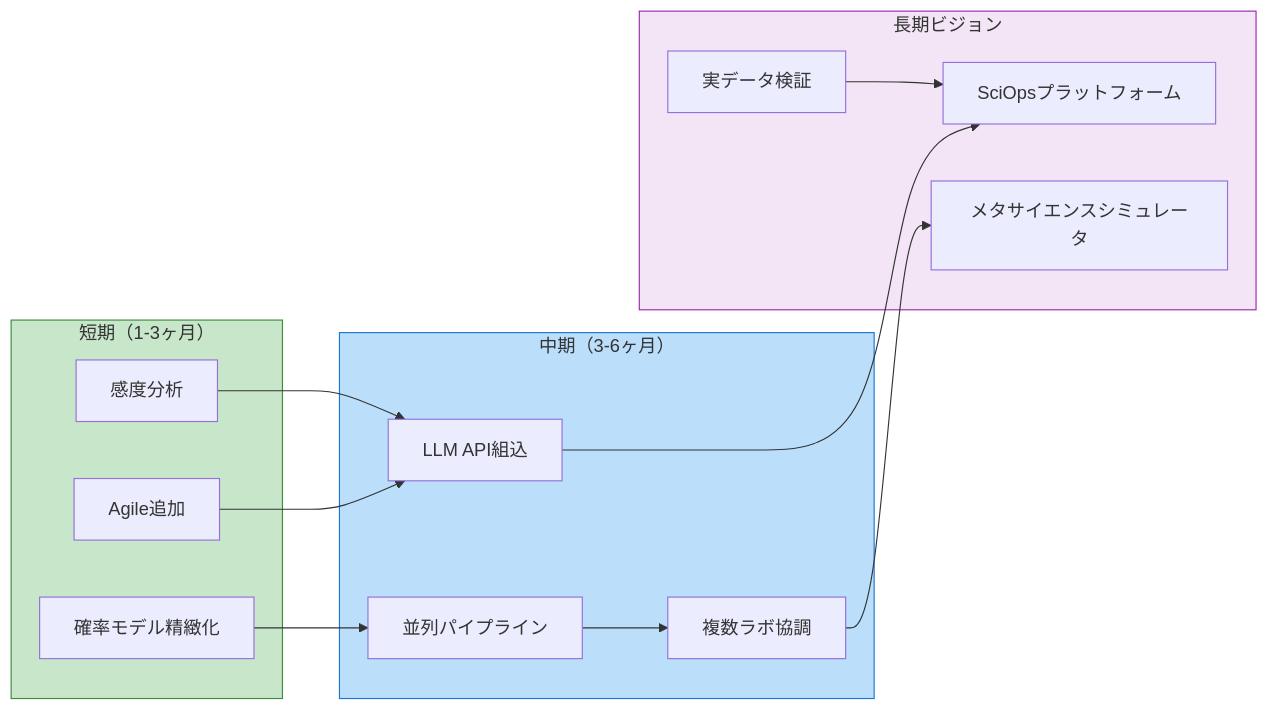
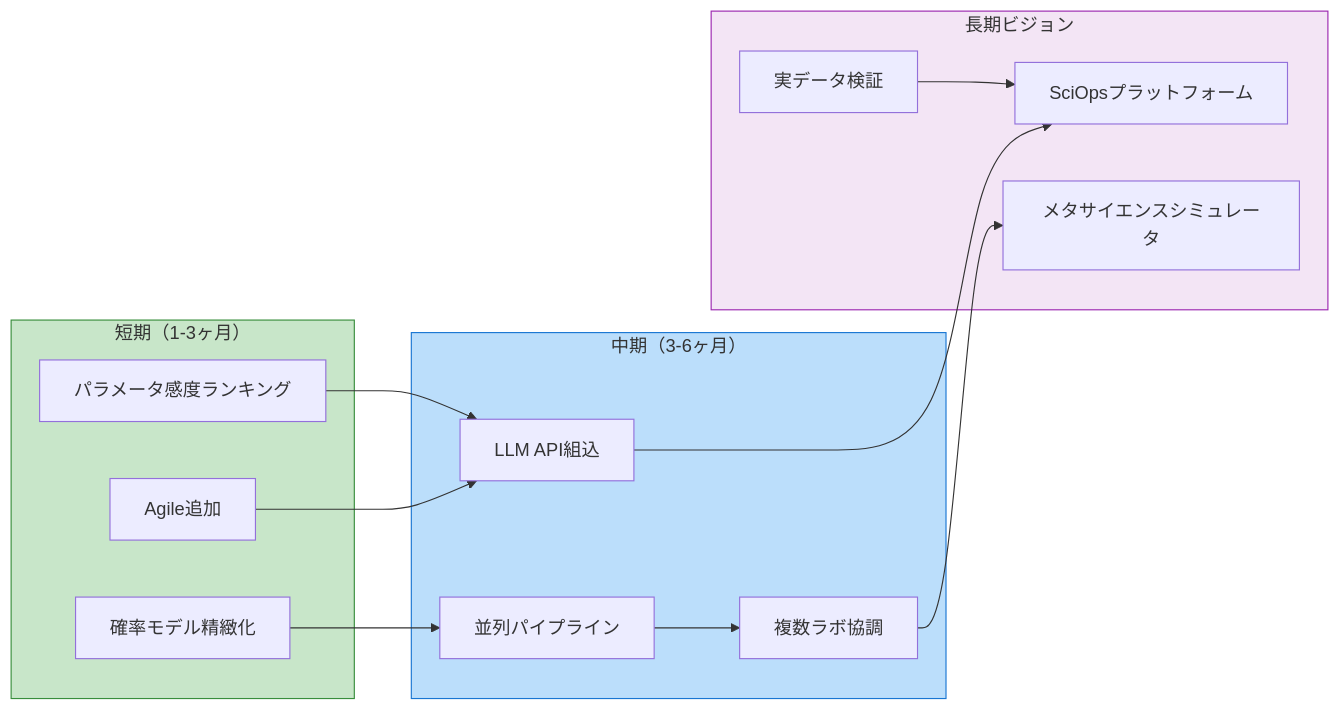
Before and after one commit to Taiyou/DeSciTokyo: the second of 3 diagrams in docs/wiki/Future-Work.md, drawn with Mermaid. The commit also changed other lines of this file and 9 other files, not shown here.

First line of the commit message:
Enrich wiki: MC corrections, cross-references, updated architecture

````diff
--- a/docs/wiki/Future-Work.md
+++ b/docs/wiki/Future-Work.md
@@ -5,32 +41,32 @@
 ```mermaid
 graph LR
     subgraph Short["短期（1-3ヶ月）"]
         S1["Agile追加"]
         S2["確率モデル精緻化"]
-        S3["感度分析"]
+        S3["パラメータ感度ランキング"]
     end
 
     subgraph Mid["中期（3-6ヶ月）"]
         M1["LLM API組込"]
         M2["並列パイプライン"]
         M3["複数ラボ協調"]
     end
 
     subgraph Long["長期ビジョン"]
         L1["実データ検証"]
         L2["SciOpsプラットフォーム"]
         L3["メタサイエンスシミュレータ"]
     end
 
     S1 --> M1
     S2 --> M2
     S3 --> M1
     M1 --> L2
     M2 --> M3
     M3 --> L3
     L1 --> L2
 
     style Short fill:#c8e6c9,stroke:#388E3C
     style Mid fill:#bbdefb,stroke:#1976D2
     style Long fill:#f3e5f5,stroke:#9C27B0
 ```
````
